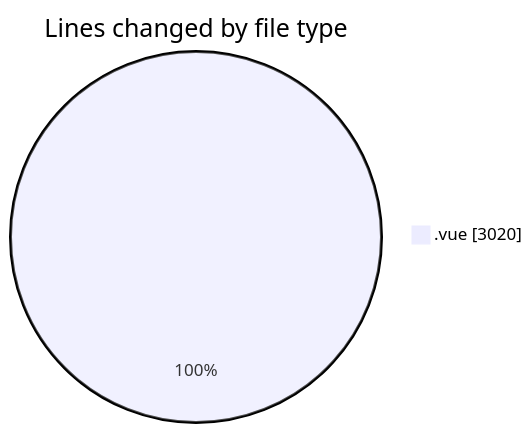
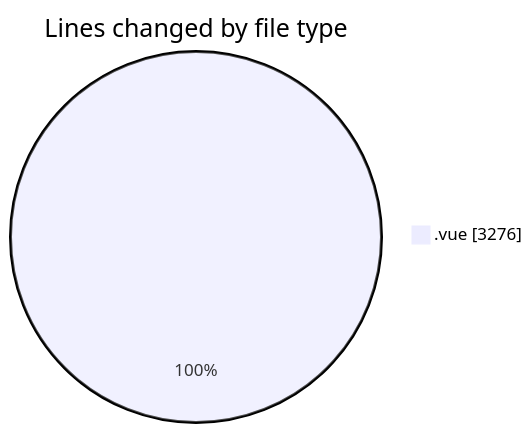
The first of 2 diagrams in 2025-03-14/lumine-web/README.md (robertbonfada/code-tracking), drawn with Mermaid before and after one commit. The commit also changed other lines of this file and 1 other file, not shown here.

````diff
--- a/2025-03-14/lumine-web/README.md
+++ b/2025-03-14/lumine-web/README.md
@@ -30,5 +31,5 @@
 ```mermaid
 pie showData
 title Lines changed by file type
-".vue" : 3020
+".vue" : 3276
 ```
````
